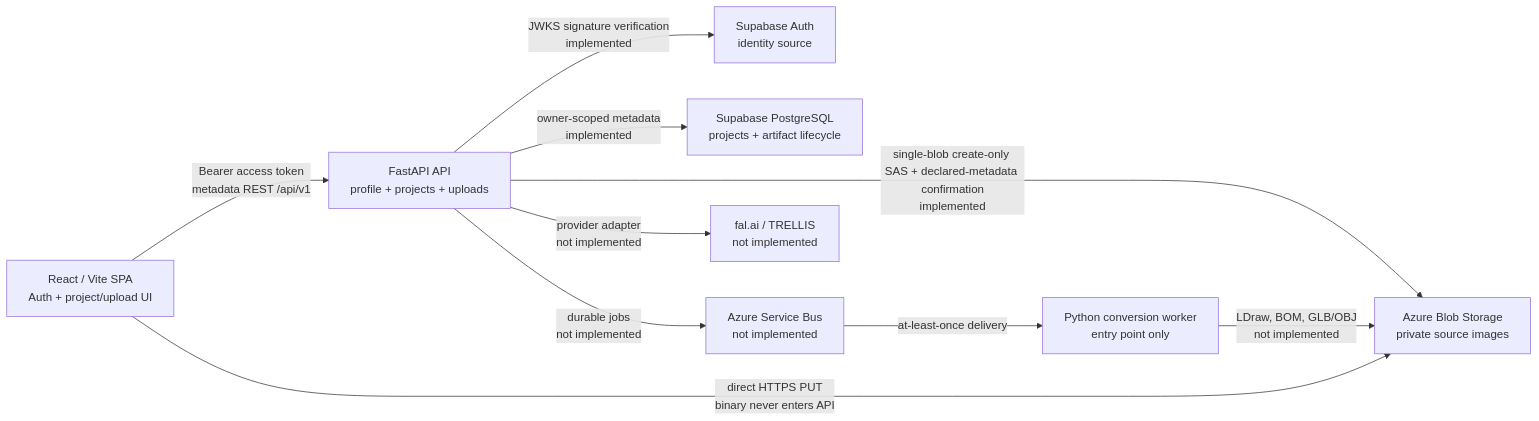
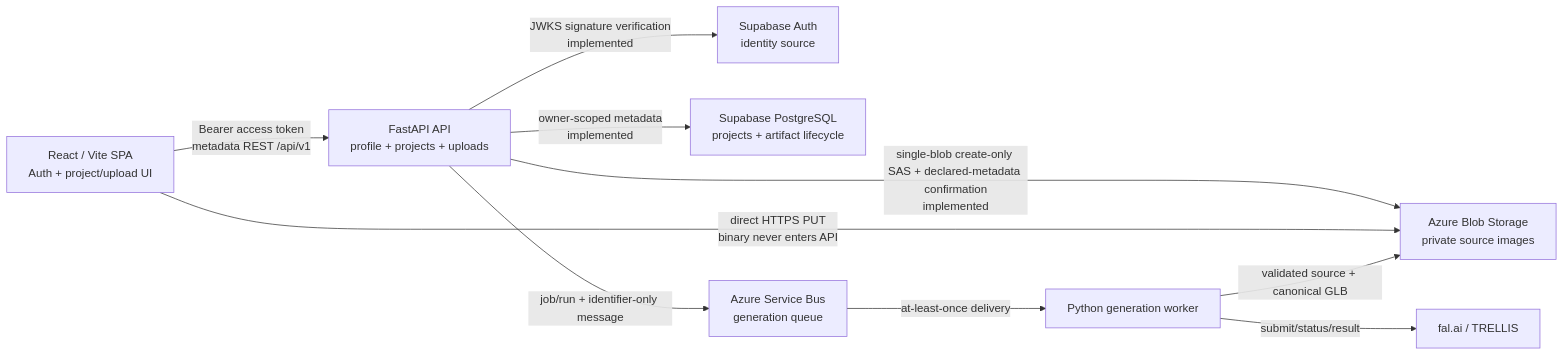
Before and after one commit to regan-tan/image-to-lego: the first of 2 diagrams in docs/architecture/README.md, drawn with Mermaid. The commit also changed other lines of this file and 28 other files, not shown here.

````diff
--- a/docs/architecture/README.md
+++ b/docs/architecture/README.md
@@ -6,12 +6,12 @@
 ```mermaid
 flowchart LR
     Web["React / Vite SPA<br/>Auth + project/upload UI"] -->|"Bearer access token<br/>metadata REST /api/v1"| API["FastAPI API<br/>profile + projects + uploads"]
     API -->|"JWKS signature verification<br/>implemented"| Supabase["Supabase Auth<br/>identity source"]
     API -->|"owner-scoped metadata<br/>implemented"| SupabaseDb["Supabase PostgreSQL<br/>projects + artifact lifecycle"]
     API -->|"single-blob create-only SAS + declared-metadata confirmation<br/>implemented"| Blob["Azure Blob Storage<br/>private source images"]
     Web -->|"direct HTTPS PUT<br/>binary never enters API"| Blob
-    API -->|"provider adapter<br/>not implemented"| Fal["fal.ai / TRELLIS<br/>not implemented"]
-    API -->|"durable jobs<br/>not implemented"| Bus["Azure Service Bus<br/>not implemented"]
-    Bus -->|"at-least-once delivery"| Worker["Python conversion worker<br/>entry point only"]
-    Worker -->|"LDraw, BOM, GLB/OBJ<br/>not implemented"| Blob
+    API -->|"job/run + identifier-only message"| Bus["Azure Service Bus<br/>generation queue"]
+    Bus -->|"at-least-once delivery"| Worker["Python generation worker"]
+    Worker -->|"submit/status/result"| Fal["fal.ai / TRELLIS"]
+    Worker -->|"validated source + canonical GLB"| Blob
 ```
````
